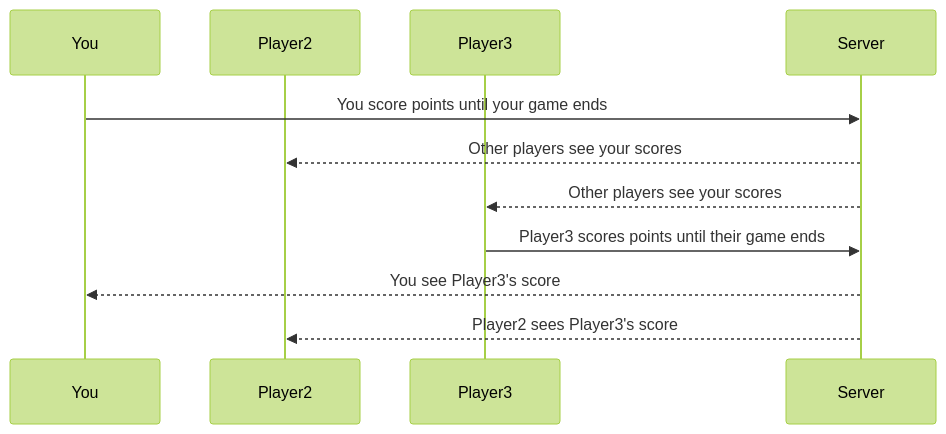
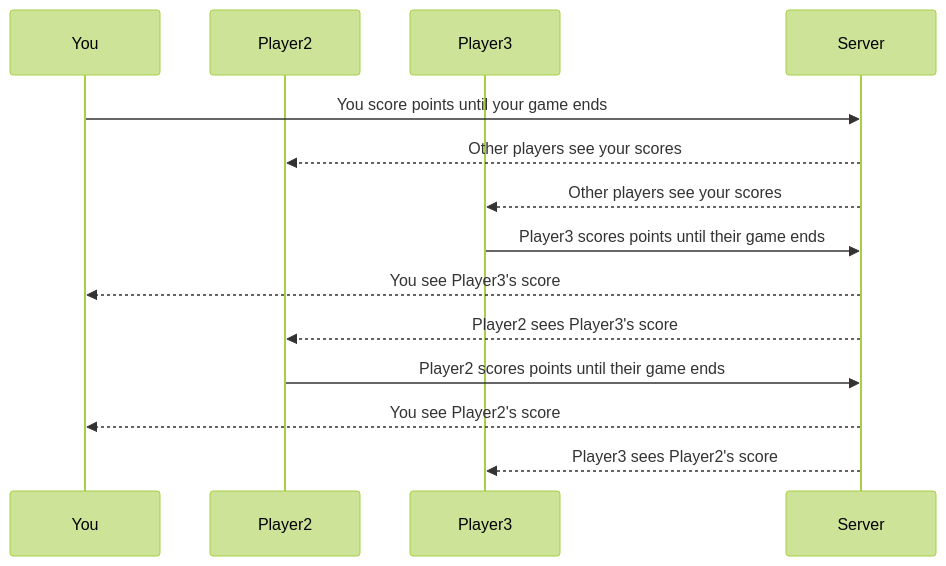
Before and after one commit to elsbels64/startup: the diagram in README.md, drawn with Mermaid (forest theme).

Commit message:
added sequence diagram

````diff
--- a/README.md
+++ b/README.md
@@ -36,14 +36,17 @@
 ```mermaid
 sequenceDiagram
     participant You
     participant Player2
     participant Player3
     participant Server
 
     You->>Server: You score points until your game ends
     Server-->>Player2: Other players see your scores
     Server-->>Player3: Other players see your scores
     Player3->>Server: Player3 scores points until their game ends
     Server-->>You: You see Player3's score
     Server-->>Player2: Player2 sees Player3's score
+    Player2->>Server: Player2 scores points until their game ends
+    Server-->>You: You see Player2's score
+    Server-->>Player3: Player3 sees Player2's score
 ```
````
